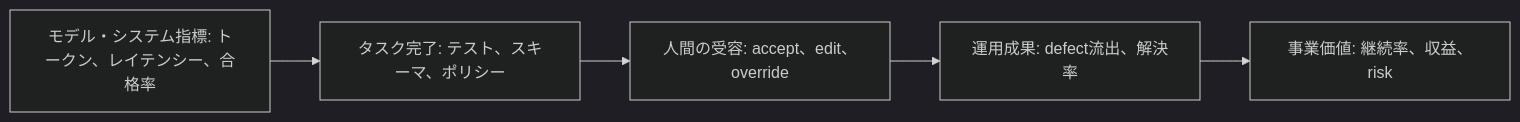
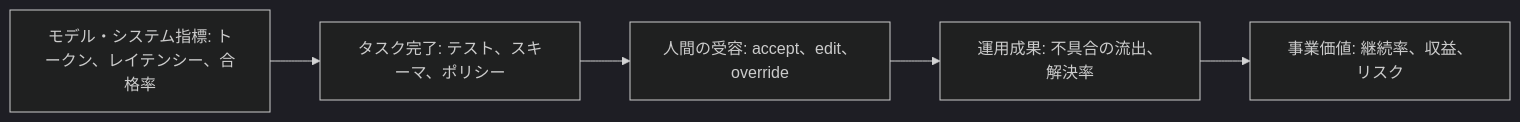
Before and after one commit to yoichiozaki/yoichiozaki.github.io: the first of 3 diagrams in content/blog/ja/outcome-per-dollar-frontier.mdx, drawn with Mermaid (dark theme). The commit also changed other lines of this file and 220 other files, not shown here.

````diff
--- a/content/blog/ja/outcome-per-dollar-frontier.mdx
+++ b/content/blog/ja/outcome-per-dollar-frontier.mdx
@@ -179,7 +179,7 @@
 ```mermaid
 flowchart LR
     A["モデル・システム指標: トークン、レイテンシー、合格率"] --> B["タスク完了: テスト、スキーマ、ポリシー"]
     B --> C["人間の受容: accept、edit、override"]
-    C --> D["運用成果: defect流出、解決率"]
-    D --> E["事業価値: 継続率、収益、risk"]
+    C --> D["運用成果: 不具合の流出、解決率"]
+    D --> E["事業価値: 継続率、収益、リスク"]
 ```
````
